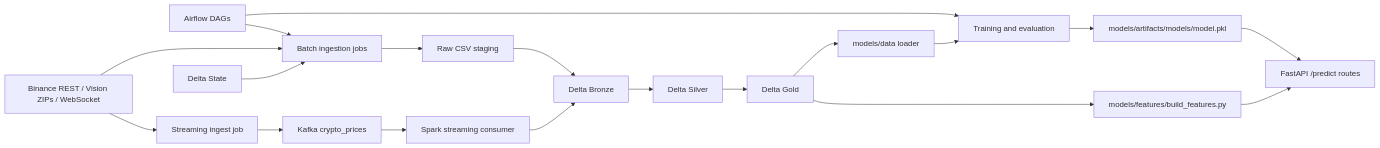
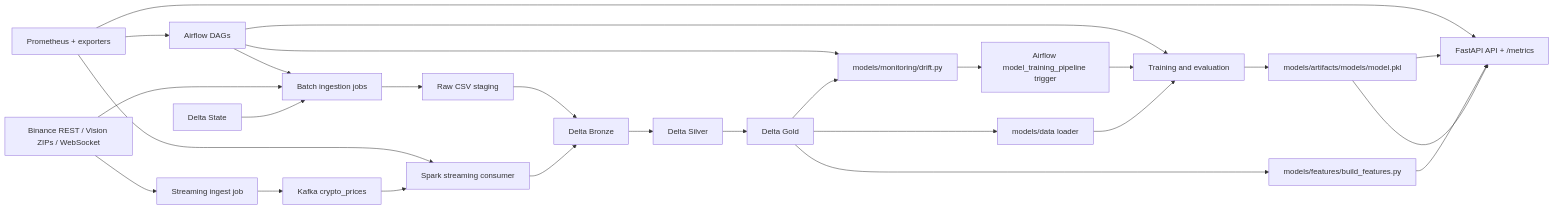
The diagram in data_platform/docs/architecture.md (lakshaykun/CryptoQuant), drawn with Mermaid before and after one commit. The commit also changed other lines of this file and 14 other files, not shown here.

````diff
--- a/data_platform/docs/architecture.md
+++ b/data_platform/docs/architecture.md
@@ -7,27 +7,36 @@
 ```mermaid
 flowchart LR
     Binance[Binance REST / Vision ZIPs / WebSocket]
     Airflow[Airflow DAGs]
     BatchJobs[Batch ingestion jobs]
     StreamJob[Streaming ingest job]
     Kafka[Kafka crypto_prices]
     SparkStream[Spark streaming consumer]
     RawStage[Raw CSV staging]
     Bronze[Delta Bronze]
     Silver[Delta Silver]
     Gold[Delta Gold]
     State[Delta State]
     ModelData[models/data loader]
     Train[Training and evaluation]
     ModelArtifact[models/artifacts/models/model.pkl]
     FeatureBuild[models/features/build_features.py]
-    API[FastAPI /predict routes]
+    API[FastAPI API + /metrics]
+    Monitoring[Prometheus + exporters]
+    Drift[models/monitoring/drift.py]
+    Retrain[Airflow model_training_pipeline trigger]
 
     Airflow --> BatchJobs
     Airflow --> Train
+    Airflow --> Drift --> Retrain --> Train
+    Monitoring --> API
+    Monitoring --> SparkStream
+    Monitoring --> Airflow
 
     Binance --> BatchJobs --> RawStage --> Bronze --> Silver --> Gold --> ModelData --> Train --> ModelArtifact --> API
     Binance --> StreamJob --> Kafka --> SparkStream --> Bronze
     Gold --> FeatureBuild --> API
     State --> BatchJobs
+    Gold --> Drift
+    ModelArtifact --> API
 ```
````
